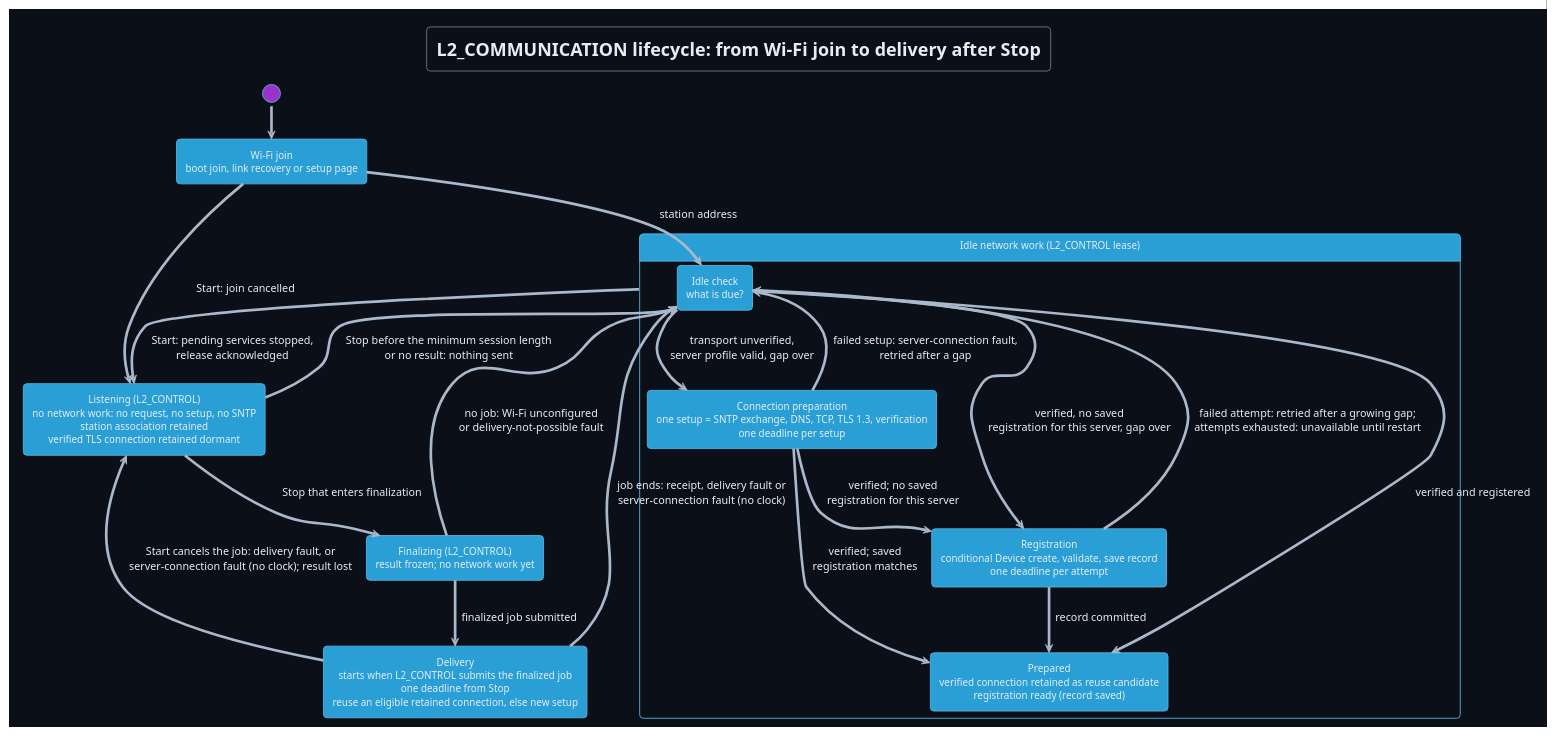
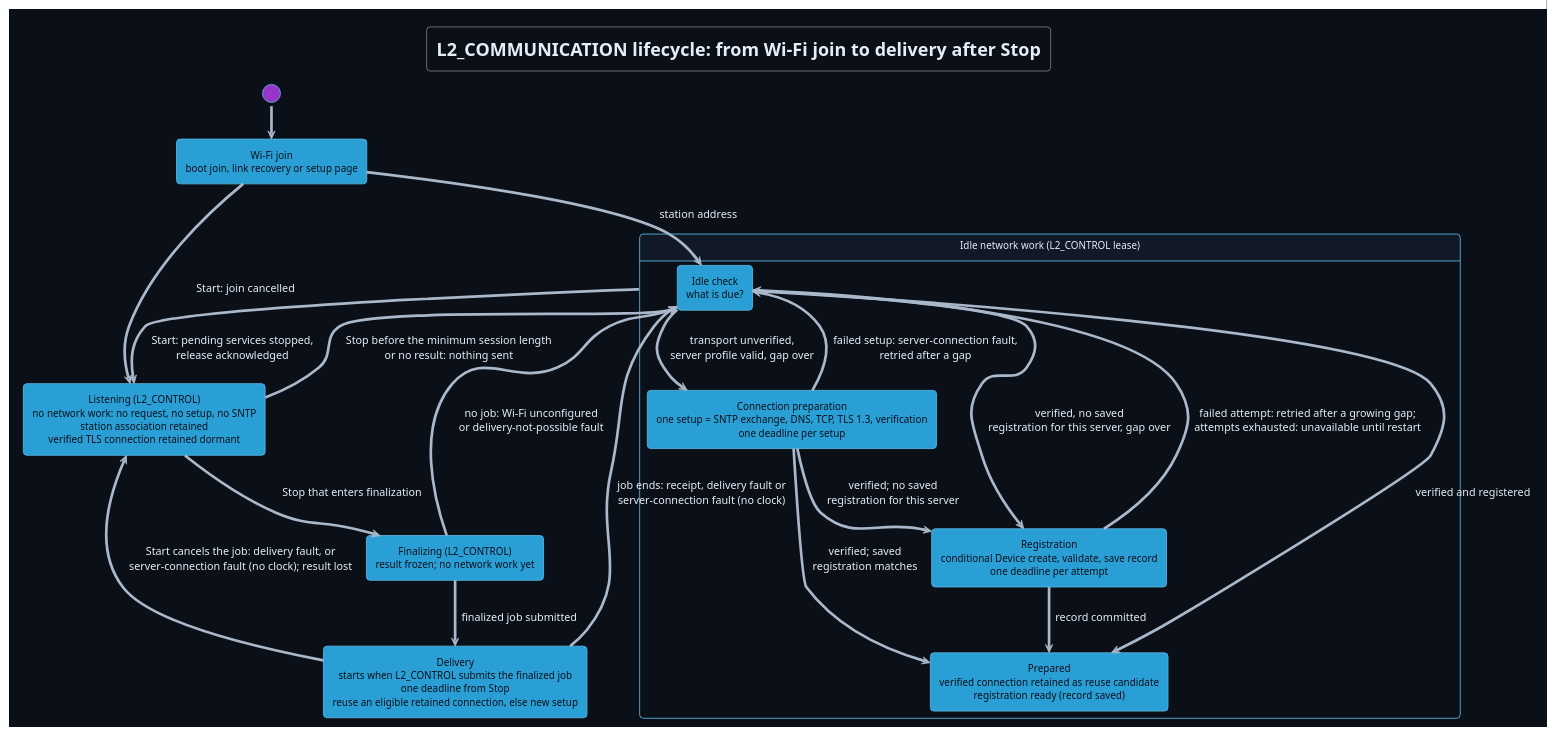
One commit to DemonicPsychoII/DigitalStethoscope changed the diagram in Development/system/architecture/COMMUNICATION/puml/communication-lifecycle.puml. Above: the diagram before and after it, drawn with PlantUML. The commit also changed 107 other files, not shown here.

```diff
--- a/Development/system/architecture/COMMUNICATION/puml/communication-lifecycle.puml
+++ b/Development/system/architecture/COMMUNICATION/puml/communication-lifecycle.puml
@@ -1,39 +1,42 @@
 @startuml communication_lifecycle
 !theme cyborg
 !pragma layout smetana
 skinparam shadowing false
 skinparam defaultFontName SansSerif
 skinparam backgroundColor #0b1018
 skinparam defaultFontColor #e6edf7
 skinparam ArrowColor #a9b8ca
+skinparam state {
+ FontColor #0b1018
+}
 title L2_COMMUNICATION lifecycle: from Wi-Fi join to delivery after Stop
 hide empty description
 state "Wi-Fi join\nboot join, link recovery or setup page" as Join
-state "Idle network work (L2_CONTROL lease)" as Idle {
+state "<color:#e6edf7>Idle network work (L2_CONTROL lease)</color>" as Idle #111826 {
  state "Idle check\nwhat is due?" as Check
  state "Connection preparation\none setup = SNTP exchange, DNS, TCP, TLS 1.3, verification\none deadline per setup" as Preparation
  state "Registration\nconditional Device create, validate, save record\none deadline per attempt" as Registration
  state "Prepared\nverified connection retained as reuse candidate\nregistration ready (record saved)" as Prepared
 }
 state "Listening (L2_CONTROL)\nno network work: no request, no setup, no SNTP\nstation association retained\nverified TLS connection retained dormant" as Listening
 state "Finalizing (L2_CONTROL)\nresult frozen; no network work yet" as Finalizing
 state "Delivery\nstarts when L2_CONTROL submits the finalized job\none deadline from Stop\nreuse an eligible retained connection, else new setup" as Delivery
 [*] --> Join
 Join -down-> Check : station address
 Check --> Preparation : transport unverified,\nserver profile valid, gap over
 Check --> Registration : verified, no saved\nregistration for this server, gap over
 Check --> Prepared : verified and registered
 Preparation --> Check : failed setup: server-connection fault,\nretried after a gap
 Preparation --> Registration : verified; no saved\nregistration for this server
 Preparation --> Prepared : verified; saved\nregistration matches
 Registration --> Prepared : record committed
 Registration --> Check : failed attempt: retried after a growing gap;\nattempts exhausted: unavailable until restart
 Idle -down-> Listening : Start: pending services stopped,\nrelease acknowledged
 Join --> Listening : Start: join cancelled
 Listening -up-> Check : Stop before the minimum session length\nor no result: nothing sent
 Listening -down-> Finalizing : Stop that enters finalization
 Finalizing -up-> Check : no job: Wi-Fi unconfigured\nor delivery-not-possible fault
 Finalizing -down-> Delivery : finalized job submitted
 Delivery -up-> Check : job ends: receipt, delivery fault or\nserver-connection fault (no clock)
 Delivery -up-> Listening : Start cancels the job: delivery fault, or\nserver-connection fault (no clock); result lost
 @enduml
```
